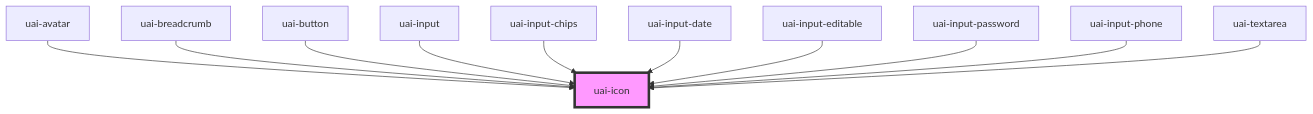
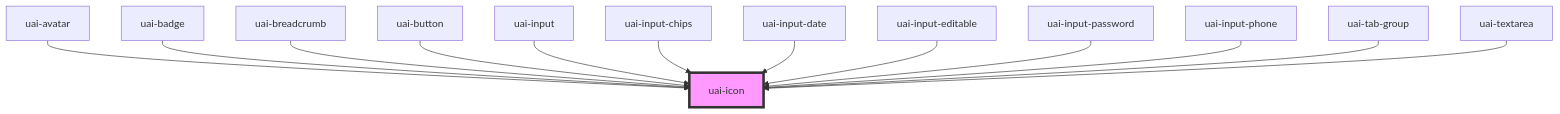
One commit to takenet/blip-ds changed the diagram in src/components/uai-icon/readme.md. Above: the diagram before and after it, drawn with Mermaid. The commit also changed other lines of this file and 61 other files, not shown here.

First line of the commit message:
feat(tabs): add accessible UAI tabs with reusable public badge

````diff
--- a/src/components/uai-icon/readme.md
+++ b/src/components/uai-icon/readme.md
@@ -55,14 +57,16 @@
 ```mermaid
 graph TD;
   uai-avatar --> uai-icon
+  uai-badge --> uai-icon
   uai-breadcrumb --> uai-icon
   uai-button --> uai-icon
   uai-input --> uai-icon
   uai-input-chips --> uai-icon
   uai-input-date --> uai-icon
   uai-input-editable --> uai-icon
   uai-input-password --> uai-icon
   uai-input-phone --> uai-icon
+  uai-tab-group --> uai-icon
   uai-textarea --> uai-icon
   style uai-icon fill:#f9f,stroke:#333,stroke-width:4px
 ```
````
